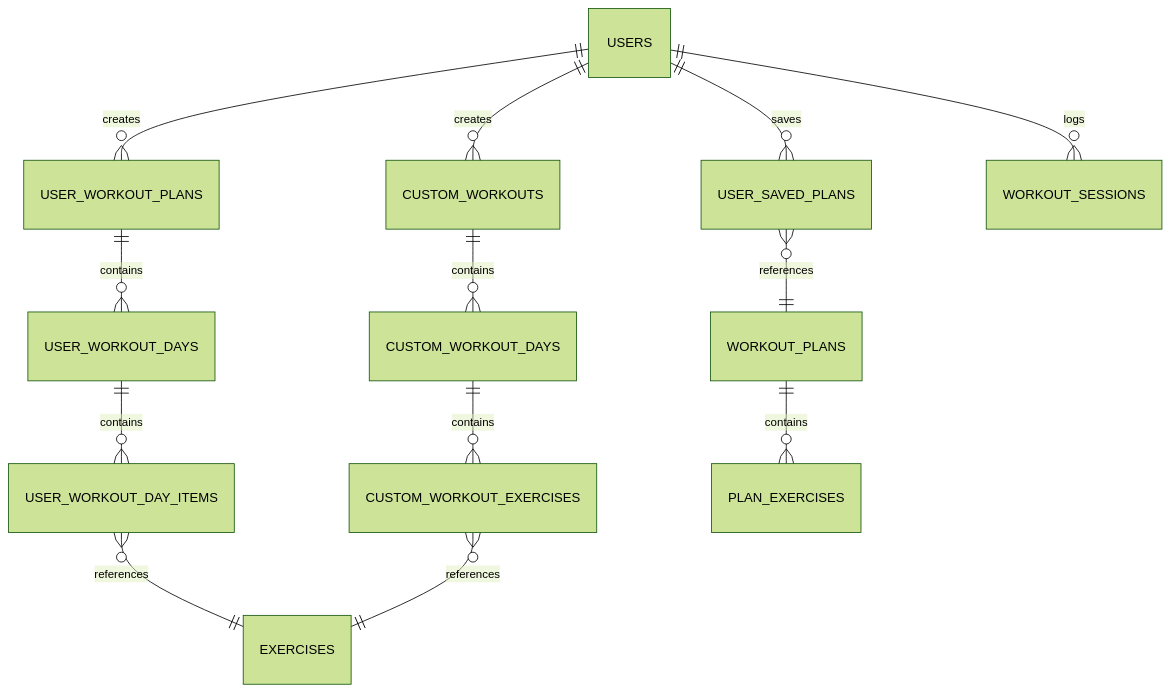
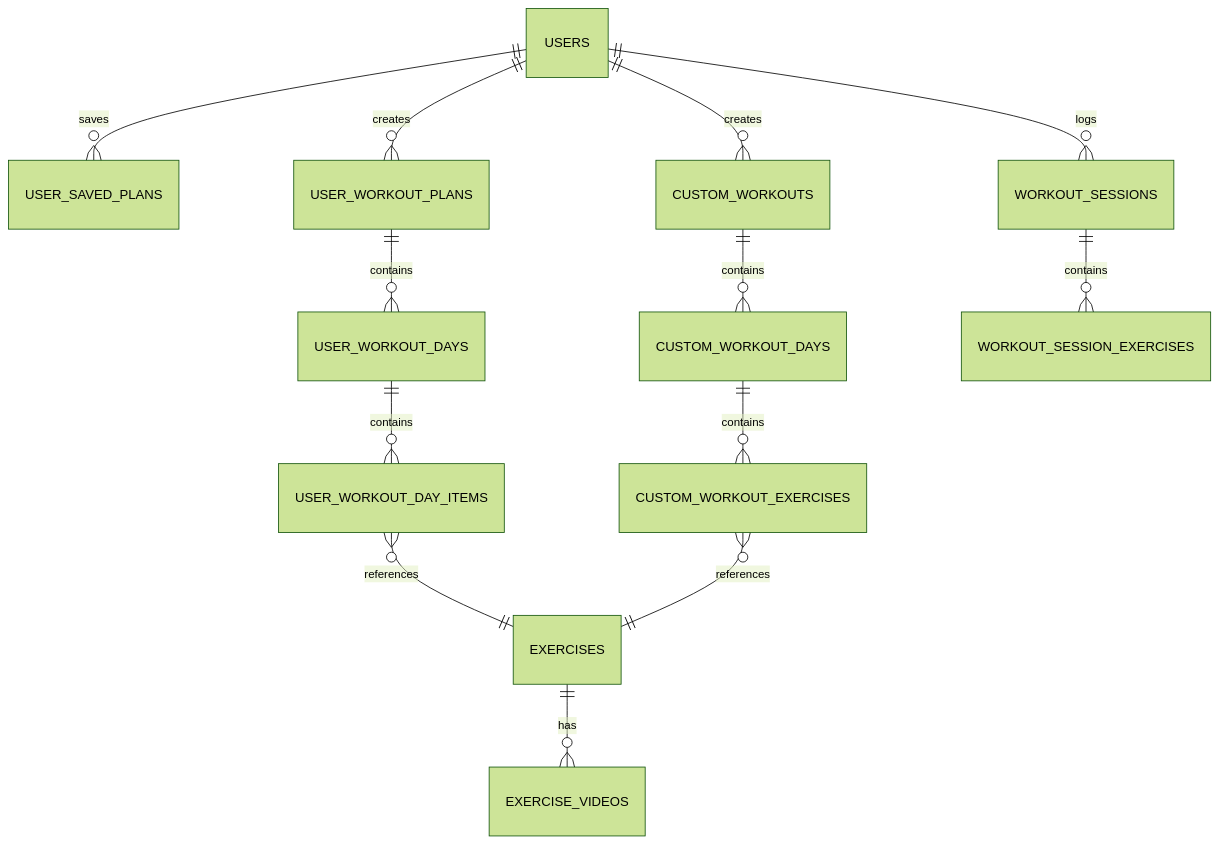
Before and after one commit to moazanTUS/sculptfitt: the first of 3 diagrams in DATABASE_ARCHITECTURE.md, drawn with Mermaid (forest theme). The commit also changed other lines of this file and 3 other files, not shown here.

````diff
--- a/DATABASE_ARCHITECTURE.md
+++ b/DATABASE_ARCHITECTURE.md
@@ -5,19 +5,19 @@
 ```mermaid
 erDiagram
     USERS ||--o{ USER_SAVED_PLANS : saves
     USERS ||--o{ USER_WORKOUT_PLANS : creates
     USERS ||--o{ CUSTOM_WORKOUTS : creates
     USERS ||--o{ WORKOUT_SESSIONS : logs
     
-    USER_SAVED_PLANS }o--|| WORKOUT_PLANS : references
     USER_WORKOUT_PLANS ||--o{ USER_WORKOUT_DAYS : contains
     CUSTOM_WORKOUTS ||--o{ CUSTOM_WORKOUT_DAYS : contains
     
     USER_WORKOUT_DAYS ||--o{ USER_WORKOUT_DAY_ITEMS : contains
     CUSTOM_WORKOUT_DAYS ||--o{ CUSTOM_WORKOUT_EXERCISES : contains
     
     USER_WORKOUT_DAY_ITEMS }o--|| EXERCISES : references
     CUSTOM_WORKOUT_EXERCISES }o--|| EXERCISES : references
     
-    WORKOUT_PLANS ||--o{ PLAN_EXERCISES : contains
+    EXERCISES ||--o{ EXERCISE_VIDEOS : has
+    WORKOUT_SESSIONS ||--o{ WORKOUT_SESSION_EXERCISES : contains
 ```
````
